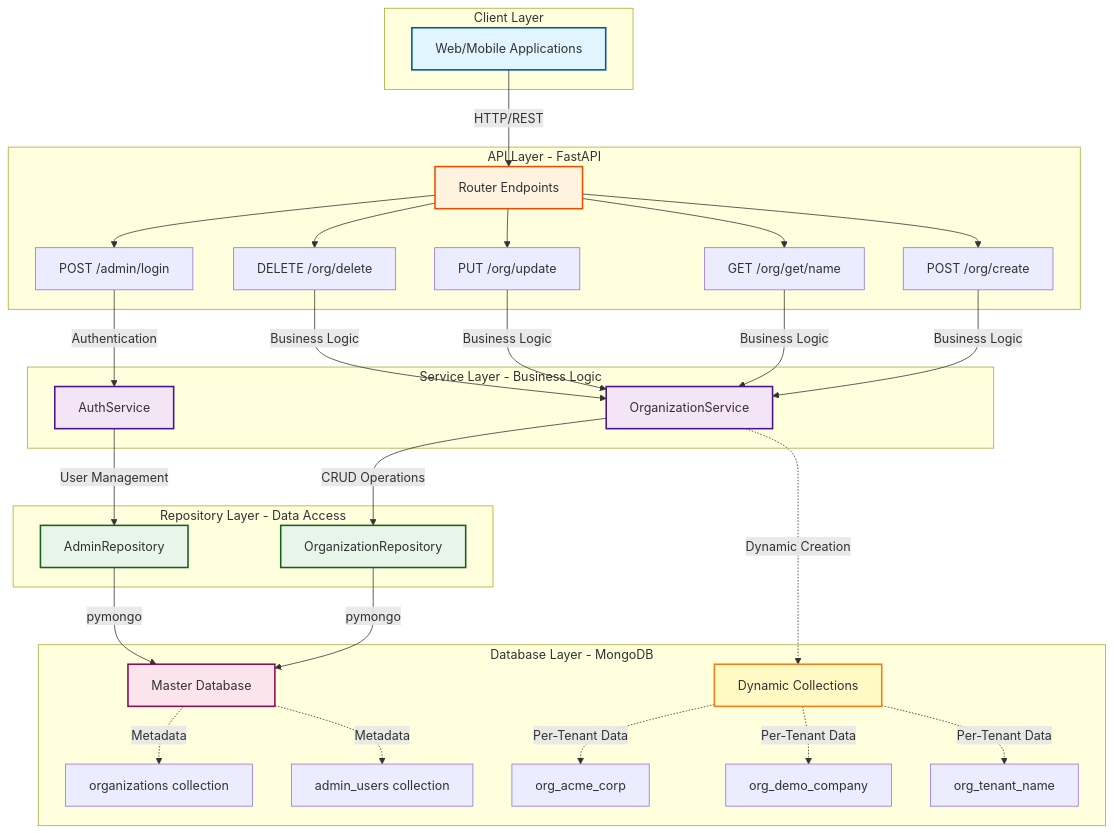
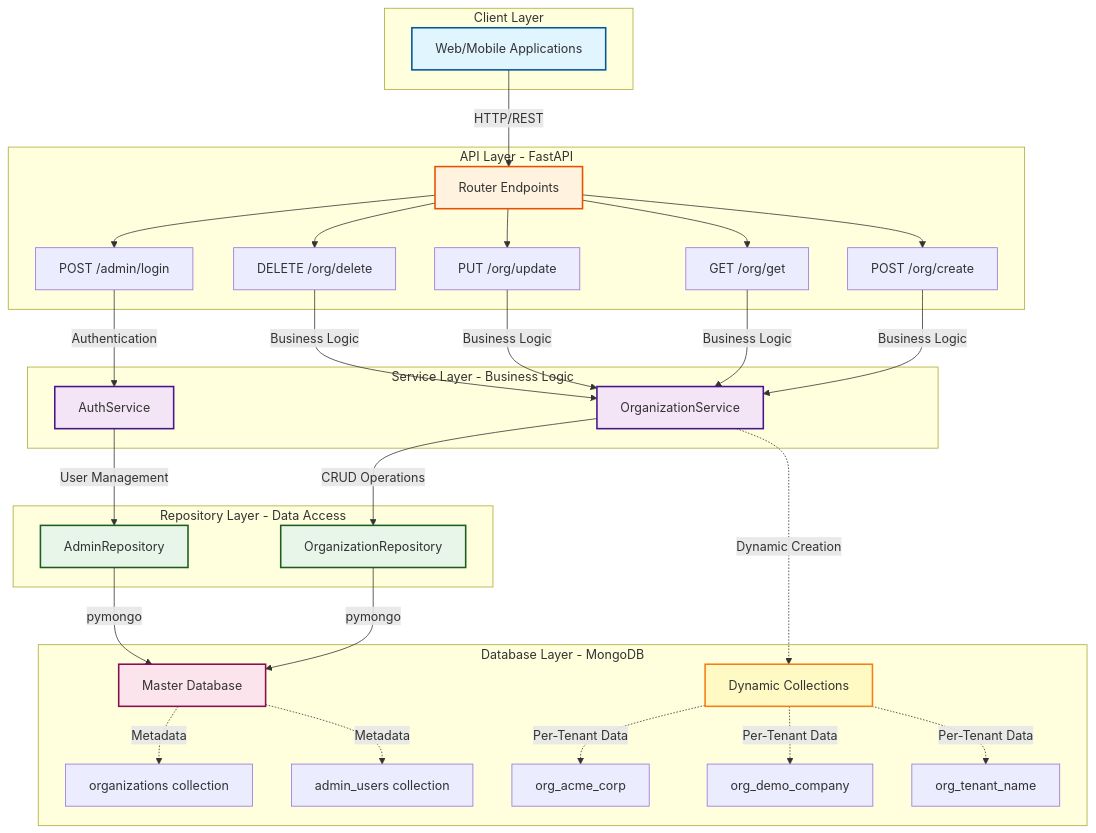
One commit to Vibhor2702/Croupier changed the diagram in README.md. Above: the diagram before and after it, drawn with Mermaid. The commit also changed other lines of this file, not shown here.

Commit message:
docs: Add design choices section and fix diagram endpoint

````diff
--- a/README.md
+++ b/README.md
@@ -29,55 +29,55 @@
 ```mermaid
 graph TB
     subgraph "Client Layer"
         A[Web/Mobile Applications]
     end
     
     subgraph "API Layer - FastAPI"
         B[Router Endpoints]
         B1[POST /org/create]
-        B2[GET /org/get/name]
+        B2[GET /org/get]
         B3[PUT /org/update]
         B4[DELETE /org/delete]
         B5[POST /admin/login]
     end
     
     subgraph "Service Layer - Business Logic"
         C[OrganizationService]
         D[AuthService]
     end
     
     subgraph "Repository Layer - Data Access"
         E[OrganizationRepository]
         F[AdminRepository]
     end
     
     subgraph "Database Layer - MongoDB"
         G[Master Database]
         G1[organizations collection]
         G2[admin_users collection]
         H[Dynamic Collections]
         H1[org_acme_corp]
         H2[org_demo_company]
         H3[org_tenant_name]
     end
     
     A -->|HTTP/REST| B
     B --> B1 & B2 & B3 & B4 & B5
     B1 & B2 & B3 & B4 -->|Business Logic| C
     B5 -->|Authentication| D
     C -->|CRUD Operations| E
     D -->|User Management| F
     E & F -->|pymongo| G
     G -.->|Metadata| G1 & G2
     C -.->|Dynamic Creation| H
     H -.->|Per-Tenant Data| H1 & H2 & H3
     
     style A fill:#e1f5ff,stroke:#01579b,stroke-width:2px
     style B fill:#fff3e0,stroke:#e65100,stroke-width:2px
     style C fill:#f3e5f5,stroke:#4a148c,stroke-width:2px
     style D fill:#f3e5f5,stroke:#4a148c,stroke-width:2px
     style E fill:#e8f5e9,stroke:#1b5e20,stroke-width:2px
     style F fill:#e8f5e9,stroke:#1b5e20,stroke-width:2px
     style G fill:#fce4ec,stroke:#880e4f,stroke-width:2px
     style H fill:#fff9c4,stroke:#f57f17,stroke-width:2px
 ```
````
